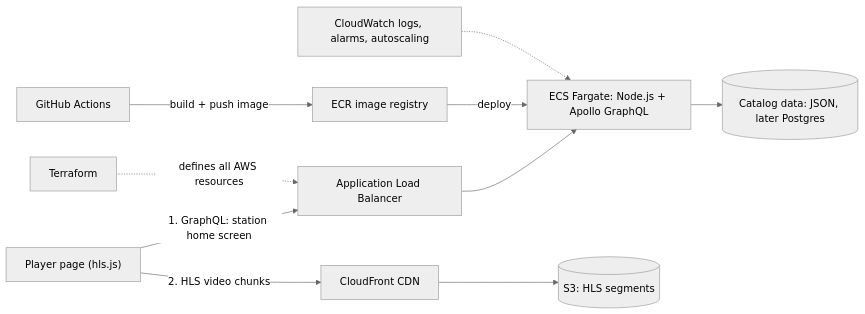
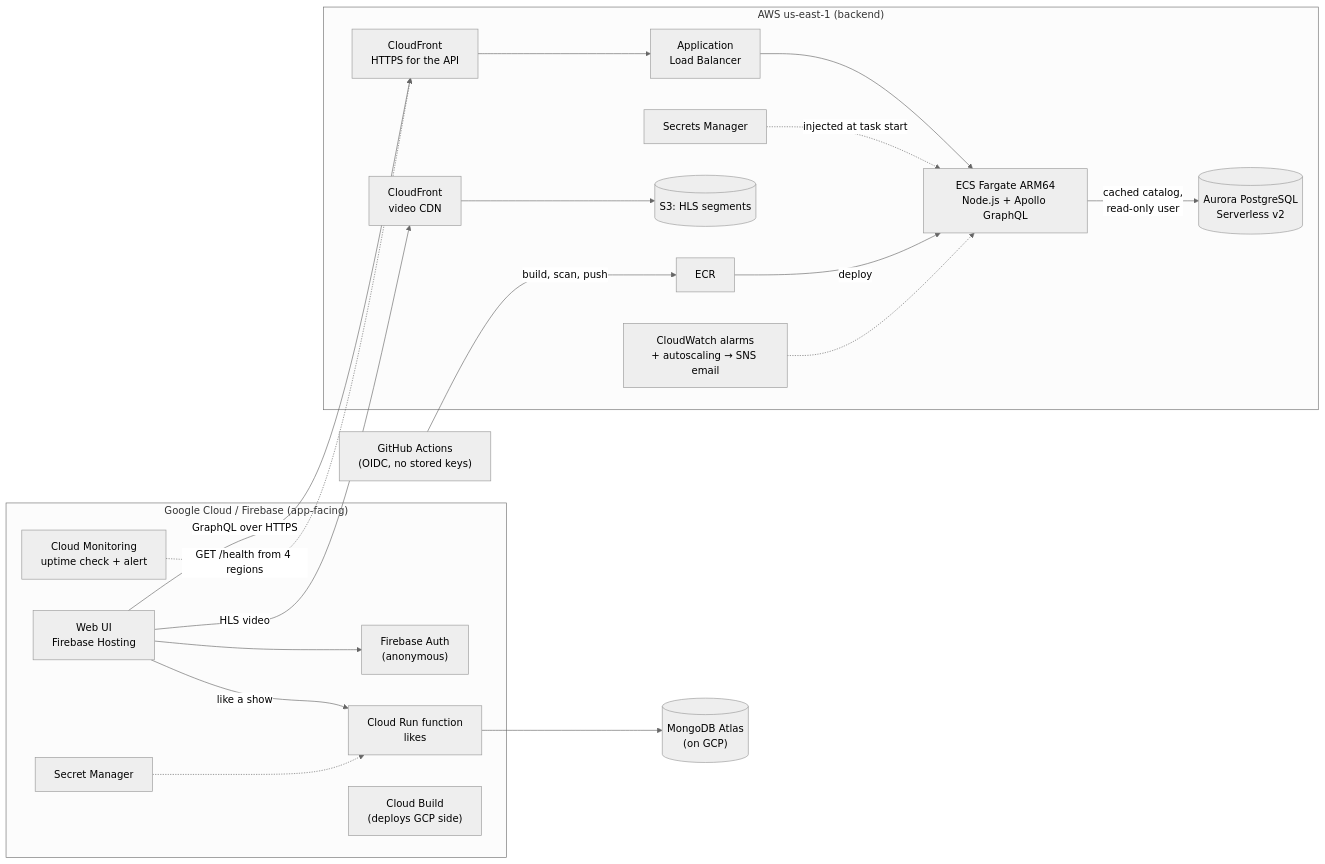
The diagram in README.md (ideaguy3d/station_stream), drawn with Mermaid (neutral theme) before and after one commit. The commit also changed other lines of this file, not shown here.

Commit message:
README: current architecture, decisions, reliability results

````diff
--- a/README.md
+++ b/README.md
@@ -11,12 +13,35 @@
 ```mermaid
 flowchart LR
-    Player["Player page (hls.js)"] -->|"1. GraphQL: station home screen"| ALB["Application Load Balancer"]
-    ALB --> ECS["ECS Fargate: Node.js + Apollo GraphQL"]
-    ECS --> Data[("Catalog data: JSON, later Postgres")]
-    Player -->|"2. HLS video chunks"| CF["CloudFront CDN"]
-    CF --> S3[("S3: HLS segments")]
-    GH["GitHub Actions"] -->|"build + push image"| ECR["ECR image registry"]
-    ECR -->|"deploy"| ECS
-    CW["CloudWatch logs, alarms, autoscaling"] -.-> ECS
-    TF["Terraform"] -.->|"defines all AWS resources"| ALB
+    subgraph GCP["Google Cloud / Firebase (app-facing)"]
+        Web["Web UI<br/>Firebase Hosting"]
+        Auth["Firebase Auth<br/>(anonymous)"]
+        Fn["Cloud Run function<br/>likes"]
+        SM["Secret Manager"]
+        CB["Cloud Build<br/>(deploys GCP side)"]
+        Up["Cloud Monitoring<br/>uptime check + alert"]
+    end
+    Atlas[("MongoDB Atlas<br/>(on GCP)")]
+
+    subgraph AWS["AWS us-east-1 (backend)"]
+        CFapi["CloudFront<br/>HTTPS for the API"]
+        ALB["Application<br/>Load Balancer"]
+        ECS["ECS Fargate ARM64<br/>Node.js + Apollo GraphQL"]
+        Aurora[("Aurora PostgreSQL<br/>Serverless v2")]
+        Sec["Secrets Manager"]
+        CFvid["CloudFront<br/>video CDN"]
+        S3[("S3: HLS segments")]
+        CW["CloudWatch alarms<br/>+ autoscaling → SNS email"]
+        ECR["ECR"]
+    end
+    GHA["GitHub Actions<br/>(OIDC, no stored keys)"]
+
+    Web -->|"GraphQL over HTTPS"| CFapi --> ALB --> ECS -->|"cached catalog,<br/>read-only user"| Aurora
+    Sec -.->|"injected at task start"| ECS
+    Web -->|"HLS video"| CFvid --> S3
+    Web --> Auth
+    Web -->|"like a show"| Fn --> Atlas
+    SM -.-> Fn
+    Up -.->|"GET /health from 4 regions"| CFapi
+    GHA -->|"build, scan, push"| ECR -->|"deploy"| ECS
+    CW -.-> ECS
 ```
````
